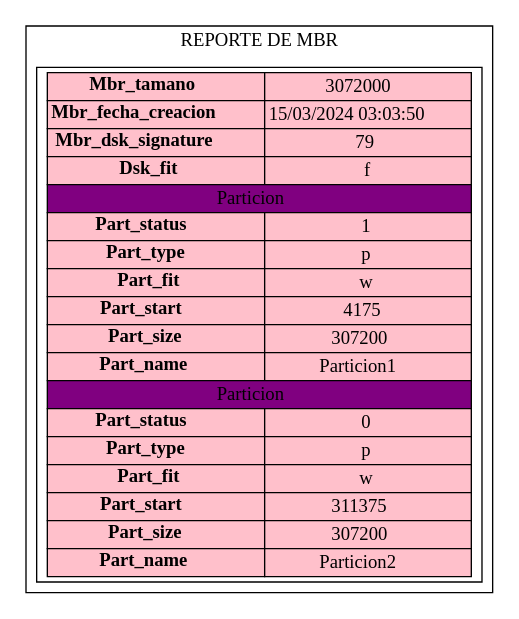
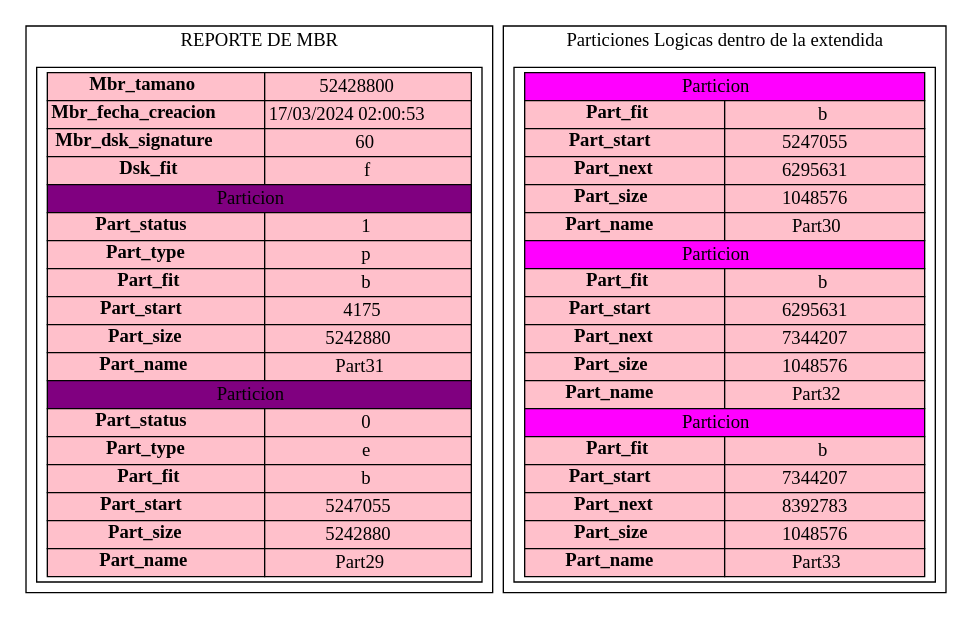
One commit to NatalyDuarte/MIA_P1_202001570 changed the diagram in Mbr.dot. Above: the diagram before and after it, drawn with Graphviz. The commit also changed 21 other files, not shown here.

```diff
--- a/Mbr.dot
+++ b/Mbr.dot
@@ -1,23 +1,44 @@
 digraph G{
 subgraph cluster{
 label="REPORTE DE MBR"
 tbl[shape=box,label=<
 <table border='0' cellborder='1' cellspacing='0' width='300'  height='200' >
-<tr> <td width='150' bgcolor="pink"><b>Mbr_tamano</b></td><td width='150' bgcolor="pink">3072000</td>  </tr>
-<tr>  <td bgcolor="pink"><b>Mbr_fecha_creacion</b></td><td bgcolor="pink">15/03/2024 03:03:50</td>  </tr>
-<tr>  <td bgcolor="pink"><b>Mbr_dsk_signature</b></td><td bgcolor="pink">79</td>  </tr>
+<tr> <td width='150' bgcolor="pink"><b>Mbr_tamano</b></td><td width='150' bgcolor="pink">52428800</td>  </tr>
+<tr>  <td bgcolor="pink"><b>Mbr_fecha_creacion</b></td><td bgcolor="pink">17/03/2024 02:00:53</td>  </tr>
+<tr>  <td bgcolor="pink"><b>Mbr_dsk_signature</b></td><td bgcolor="pink">60</td>  </tr>
 <tr>  <td bgcolor="pink"><b>Dsk_fit</b></td><td bgcolor="pink">f</td>  </tr><tr><td colspan="2" bgcolor="purple">Particion</td></tr><tr>  <td bgcolor="pink"><b>Part_status</b></td><td bgcolor="pink">1</td>  </tr>
 <tr>  <td bgcolor="pink"><b>Part_type</b></td><td bgcolor="pink">p</td>  </tr>
-<tr>  <td bgcolor="pink"><b>Part_fit</b></td><td bgcolor="pink">w</td>  </tr>
+<tr>  <td bgcolor="pink"><b>Part_fit</b></td><td bgcolor="pink">b</td>  </tr>
 <tr>  <td bgcolor="pink"><b>Part_start </b></td><td bgcolor="pink">4175</td>  </tr>
-<tr>  <td bgcolor="pink"><b>Part_size</b></td><td bgcolor="pink">307200</td>  </tr>
-<tr>  <td bgcolor="pink"><b>Part_name</b></td><td bgcolor="pink">Particion1</td>  </tr>
+<tr>  <td bgcolor="pink"><b>Part_size</b></td><td bgcolor="pink">5242880</td>  </tr>
+<tr>  <td bgcolor="pink"><b>Part_name</b></td><td bgcolor="pink">Part31</td>  </tr>
 <tr><td colspan="2" bgcolor="purple">Particion</td></tr><tr>  <td bgcolor="pink"><b>Part_status</b></td><td bgcolor="pink">0</td>  </tr>
-<tr>  <td bgcolor="pink"><b>Part_type</b></td><td bgcolor="pink">p</td>  </tr>
-<tr>  <td bgcolor="pink"><b>Part_fit</b></td><td bgcolor="pink">w</td>  </tr>
-<tr>  <td bgcolor="pink"><b>Part_start </b></td><td bgcolor="pink">311375</td>  </tr>
-<tr>  <td bgcolor="pink"><b>Part_size</b></td><td bgcolor="pink">307200</td>  </tr>
-<tr>  <td bgcolor="pink"><b>Part_name</b></td><td bgcolor="pink">Particion2</td>  </tr>
+<tr>  <td bgcolor="pink"><b>Part_type</b></td><td bgcolor="pink">e</td>  </tr>
+<tr>  <td bgcolor="pink"><b>Part_fit</b></td><td bgcolor="pink">b</td>  </tr>
+<tr>  <td bgcolor="pink"><b>Part_start </b></td><td bgcolor="pink">5247055</td>  </tr>
+<tr>  <td bgcolor="pink"><b>Part_size</b></td><td bgcolor="pink">5242880</td>  </tr>
+<tr>  <td bgcolor="pink"><b>Part_name</b></td><td bgcolor="pink">Part29</td>  </tr>
+</table>
+>];
+}subgraph cluster_1{
+ label="Particiones Logicas dentro de la extendida"
+tbl_1[shape=box, label=<
+<table border='0' cellborder='1' cellspacing='0'  width='300' height='160' >
+<tr><td width='150' colspan="2" bgcolor="magenta">Particion</td></tr><tr>  <td width='150' bgcolor="pink"><b>Part_fit</b></td><td width='150' bgcolor="pink">b</td>  </tr>
+<tr>  <td bgcolor="pink"><b>Part_start </b></td><td bgcolor="pink">5247055</td>  </tr>
+<tr>  <td bgcolor="pink"><b>Part_next</b></td><td bgcolor="pink">6295631</td>  </tr>
+<tr>  <td bgcolor="pink"><b>Part_size </b></td><td bgcolor="pink">1048576</td>  </tr>
+<tr>  <td bgcolor="pink"><b>Part_name </b></td><td bgcolor="pink">Part30</td>  </tr>
+<tr><td width='150' colspan="2" bgcolor="magenta">Particion</td></tr><tr>  <td width='150' bgcolor="pink"><b>Part_fit</b></td><td width='150' bgcolor="pink">b</td>  </tr>
+<tr>  <td bgcolor="pink"><b>Part_start </b></td><td bgcolor="pink">6295631</td>  </tr>
+<tr>  <td bgcolor="pink"><b>Part_next</b></td><td bgcolor="pink">7344207</td>  </tr>
+<tr>  <td bgcolor="pink"><b>Part_size </b></td><td bgcolor="pink">1048576</td>  </tr>
+<tr>  <td bgcolor="pink"><b>Part_name </b></td><td bgcolor="pink">Part32</td>  </tr>
+<tr><td width='150' colspan="2" bgcolor="magenta">Particion</td></tr><tr>  <td width='150' bgcolor="pink"><b>Part_fit</b></td><td width='150' bgcolor="pink">b</td>  </tr>
+<tr>  <td bgcolor="pink"><b>Part_start </b></td><td bgcolor="pink">7344207</td>  </tr>
+<tr>  <td bgcolor="pink"><b>Part_next</b></td><td bgcolor="pink">8392783</td>  </tr>
+<tr>  <td bgcolor="pink"><b>Part_size </b></td><td bgcolor="pink">1048576</td>  </tr>
+<tr>  <td bgcolor="pink"><b>Part_name </b></td><td bgcolor="pink">Part33</td>  </tr>
 </table>
 >];
 }}
```
